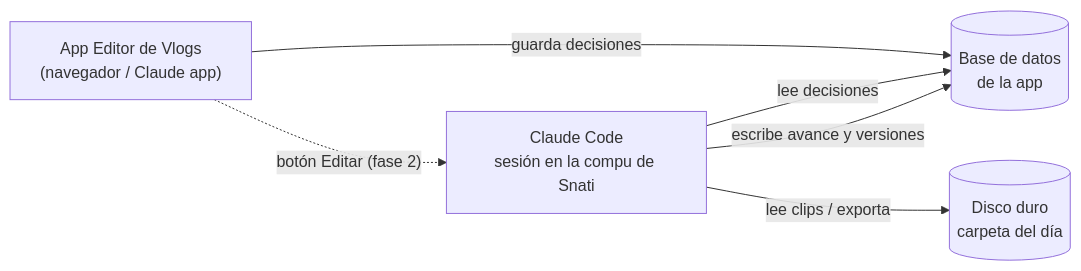
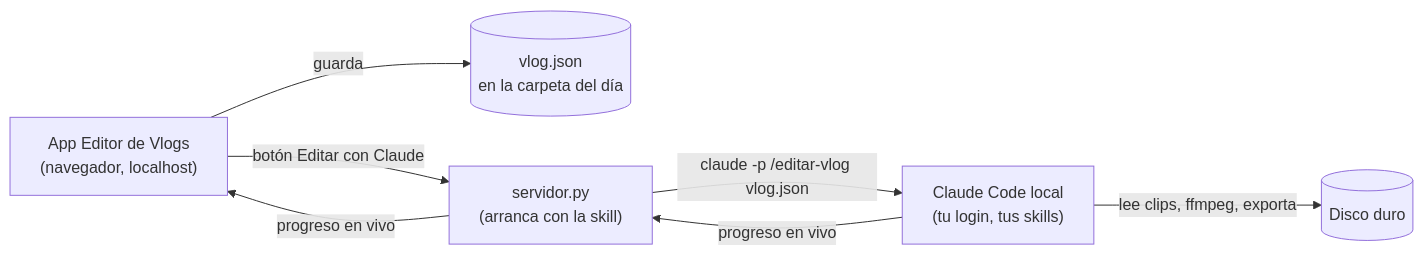
One commit to Santinodan/Claude changed the diagram in .claude/skills/editor-de-vlogs/ESTRUCTURA.md. Above: the diagram before and after it, drawn with Mermaid. The commit also changed other lines of this file, not shown here.

First line of the commit message:
Estructura: Claude corre local; la app lanza Claude Code como comando (claude -p)

````diff
--- a/.claude/skills/editor-de-vlogs/ESTRUCTURA.md
+++ b/.claude/skills/editor-de-vlogs/ESTRUCTURA.md
@@ -8,8 +10,9 @@
 ```mermaid
 flowchart LR
-  A["App Editor de Vlogs<br/>(navegador / Claude app)"] -- "guarda decisiones" --> DB[("Base de datos<br/>de la app")]
-  CC["Claude Code<br/>sesión en la compu de Snati"] -- "lee decisiones" --> DB
-  CC -- "escribe avance y versiones" --> DB
-  CC -- "lee clips / exporta" --> HD[("Disco duro<br/>carpeta del día")]
-  A -. "botón Editar (fase 2)" .-> CC
+  APP["App Editor de Vlogs<br/>(navegador, localhost)"] -- "guarda" --> J[("vlog.json<br/>en la carpeta del día")]
+  APP -- "botón Editar con Claude" --> SRV["servidor.py<br/>(arranca con la skill)"]
+  SRV -- "claude -p /editar-vlog vlog.json" --> CC["Claude Code local<br/>(tu login, tus skills)"]
+  CC -- "lee clips, ffmpeg, exporta" --> HD[("Disco duro")]
+  CC -- "progreso en vivo" --> SRV
+  SRV -- "progreso en vivo" --> APP
 ```
````
